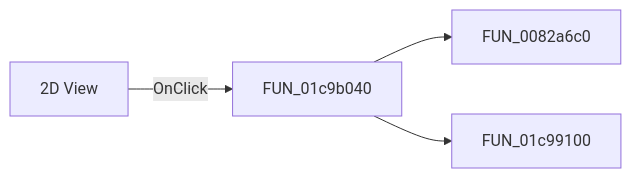
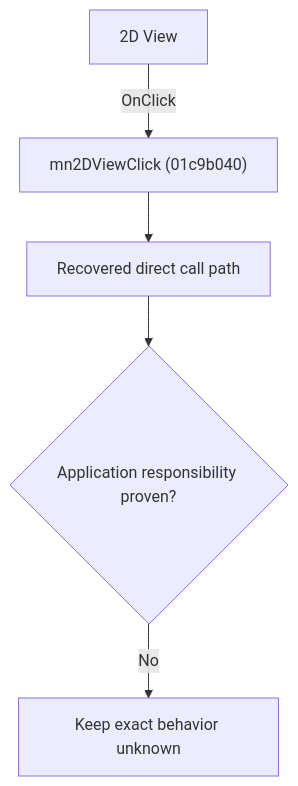
Before and after one commit to MovGP0/TIARA: the diagram in docs/ui-controls/schematiceditor/mn2dview-c42723bc4f.md, drawn with Mermaid. The commit also changed other lines of this file and 1062 other files, not shown here.

````diff
--- a/docs/ui-controls/schematiceditor/mn2dview-c42723bc4f.md
+++ b/docs/ui-controls/schematiceditor/mn2dview-c42723bc4f.md
@@ -27,6 +27,7 @@
 ```mermaid
-flowchart LR
-    control["2D View"] -->|OnClick| handler["FUN_01c9b040"]
-    handler --> call1["FUN_0082a6c0"]
-    handler --> call2["FUN_01c99100"]
+flowchart TD
+    control["2D View"] -->|"OnClick"| handler["mn2DViewClick (01c9b040)"]
+    handler --> recovered["Recovered direct call path"]
+    recovered --> gap{"Application responsibility proven?"}
+    gap -->|"No"| blocked["Keep exact behavior unknown"]
 ```
````
